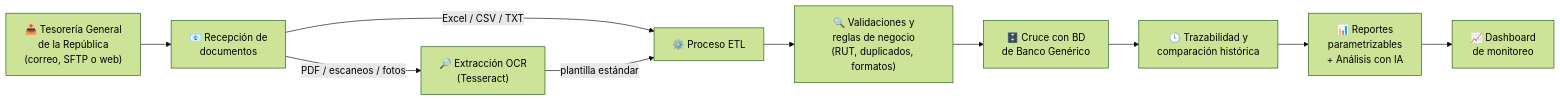
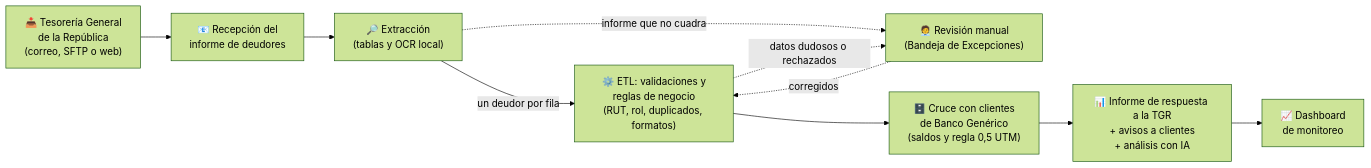
Before and after one commit to JS-Ranker/CAPSTONE: the diagram in README.md, drawn with Mermaid (forest theme). The commit also changed other lines of this file and 1 other file, not shown here.

````diff
--- a/README.md
+++ b/README.md
@@ -51,12 +51,12 @@
 ```mermaid
 flowchart LR
-    A["📥 Tesorería General<br/>de la República<br/>(correo, SFTP o web)"] --> R["📧 Recepción de<br/>documentos"]
-    R -->|"Excel / CSV / TXT"| B["⚙️ Proceso ETL"]
-    R -->|"PDF / escaneos / fotos"| X["🔎 Extracción OCR<br/>(Tesseract)"]
-    X -->|"plantilla estándar"| B
-    B --> C["🔍 Validaciones y<br/>reglas de negocio<br/>(RUT, duplicados, formatos)"]
-    C --> D["🗄️ Cruce con BD<br/>de Banco Genérico"]
-    D --> E["🕓 Trazabilidad y<br/>comparación histórica"]
-    E --> F["📊 Reportes<br/>parametrizables<br/>+ Análisis con IA"]
+    A["📥 Tesorería General<br/>de la República<br/>(correo, SFTP o web)"] --> R["📧 Recepción del<br/>informe de deudores"]
+    R --> X["🔎 Extracción<br/>(tablas y OCR local)"]
+    X -->|"un deudor por fila"| B["⚙️ ETL: validaciones y<br/>reglas de negocio<br/>(RUT, rol, duplicados, formatos)"]
+    X -.->|"informe que no cuadra"| M["🧑‍💼 Revisión manual<br/>(Bandeja de Excepciones)"]
+    B -.->|"datos dudosos o rechazados"| M
+    M -.->|"corregidos"| B
+    B --> D["🗄️ Cruce con clientes<br/>de Banco Genérico<br/>(saldos y regla 0,5 UTM)"]
+    D --> F["📊 Informe de respuesta a la TGR<br/>+ avisos a clientes<br/>+ análisis con IA"]
     F --> G["📈 Dashboard<br/>de monitoreo"]
 ```
````
